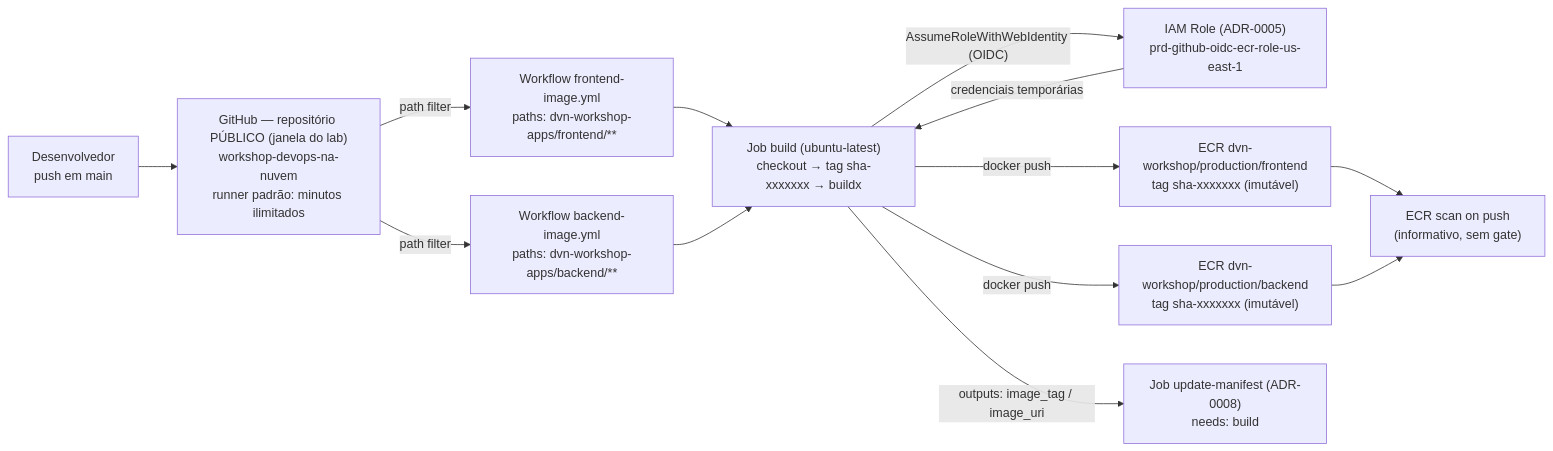
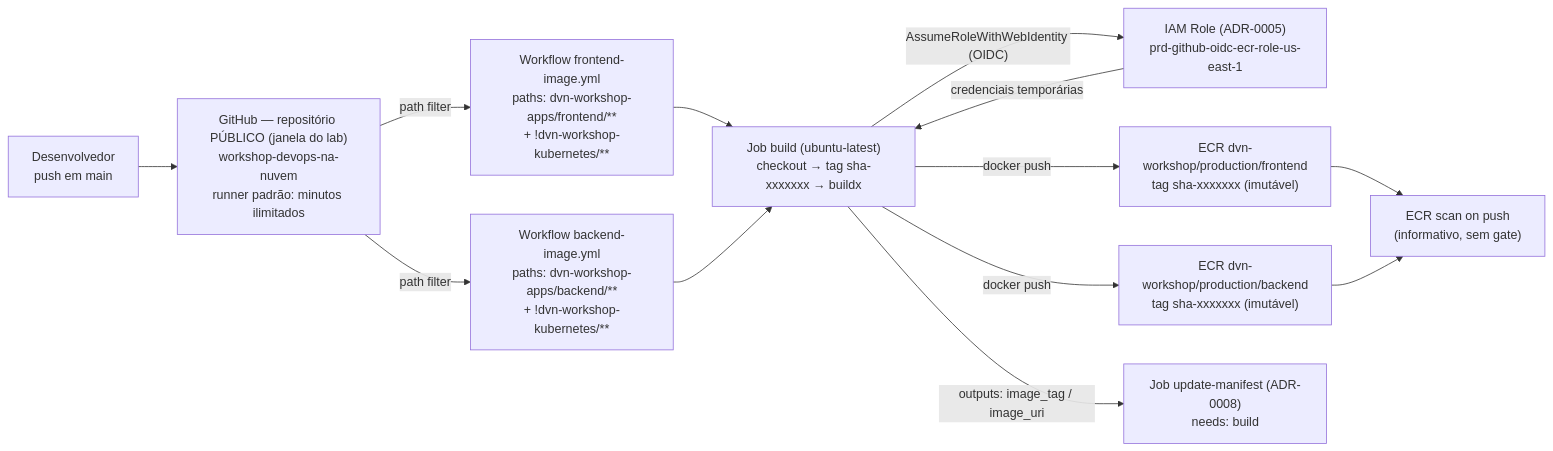
Before and after one commit to leopoldocardoso/workshop-devops-na-nuvem: the diagram in docs/adr/ADR-0007-github-actions-build-push-ecr.md, drawn with Mermaid. The commit also changed other lines of this file and 3 other files, not shown here.

````diff
--- a/docs/adr/ADR-0007-github-actions-build-push-ecr.md
+++ b/docs/adr/ADR-0007-github-actions-build-push-ecr.md
@@ -192,26 +206,26 @@
 ```mermaid
 flowchart LR
   dev["Desenvolvedor<br/>push em main"]
   gh["GitHub — repositório PÚBLICO (janela do lab)<br/>workshop-devops-na-nuvem<br/>runner padrão: minutos ilimitados"]
-  wff["Workflow frontend-image.yml<br/>paths: dvn-workshop-apps/frontend/**"]
-  wfb["Workflow backend-image.yml<br/>paths: dvn-workshop-apps/backend/**"]
+  wff["Workflow frontend-image.yml<br/>paths: dvn-workshop-apps/frontend/**<br/>+ !dvn-workshop-kubernetes/**"]
+  wfb["Workflow backend-image.yml<br/>paths: dvn-workshop-apps/backend/**<br/>+ !dvn-workshop-kubernetes/**"]
   runner["Job build (ubuntu-latest)<br/>checkout → tag sha-xxxxxxx → buildx"]
   role["IAM Role (ADR-0005)<br/>prd-github-oidc-ecr-role-us-east-1"]
   ecrf["ECR dvn-workshop/production/frontend<br/>tag sha-xxxxxxx (imutável)"]
   ecrb["ECR dvn-workshop/production/backend<br/>tag sha-xxxxxxx (imutável)"]
   scan["ECR scan on push<br/>(informativo, sem gate)"]
   next["Job update-manifest (ADR-0008)<br/>needs: build"]
 
   dev --> gh
   gh -->|"path filter"| wff
   gh -->|"path filter"| wfb
   wff --> runner
   wfb --> runner
   runner -->|"AssumeRoleWithWebIdentity (OIDC)"| role
   role -->|"credenciais temporárias"| runner
   runner -->|"docker push"| ecrf
   runner -->|"docker push"| ecrb
   ecrf --> scan
   ecrb --> scan
   runner -->|"outputs: image_tag / image_uri"| next
 ```
````
